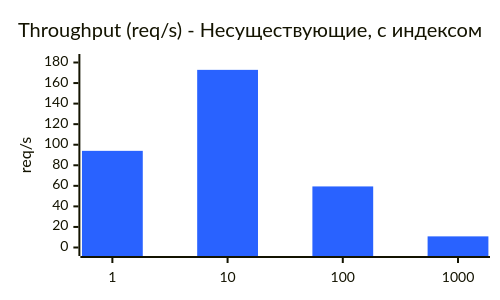
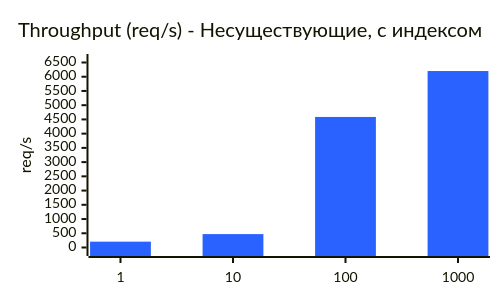
One commit to dloshkarev/highloadarchitect changed the sixth of 6 diagrams in docs/reports/hw2/report.md. Above: the diagram before and after it, drawn with Mermaid. The commit also changed other lines of this file and 3 other files, not shown here.

````diff
--- a/docs/reports/hw2/report.md
+++ b/docs/reports/hw2/report.md
@@ -146,8 +246,8 @@
 ```mermaid
 %%{init: {"xyChart": {"width": 480, "height": 280}, "themeVariables": {"xyChart": {"plotColorPalette": "#2962ff"}}}}%%
 xychart-beta
     title "Throughput (req/s) - Несуществующие, с индексом"
     x-axis ["1", "10", "100", "1000"]
-    y-axis "req/s" 0 --> 180
-    bar [94.04, 172.84, 59.42, 10.83]
+    y-axis "req/s" 0 --> 6500
+    bar [204.88, 470.50, 4586.58, 6200.10]
 ```
````
